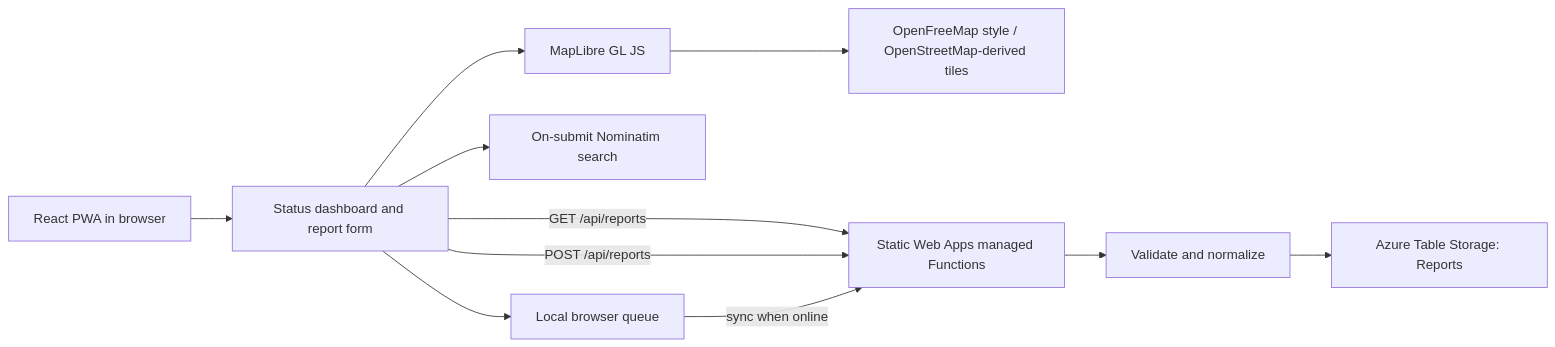
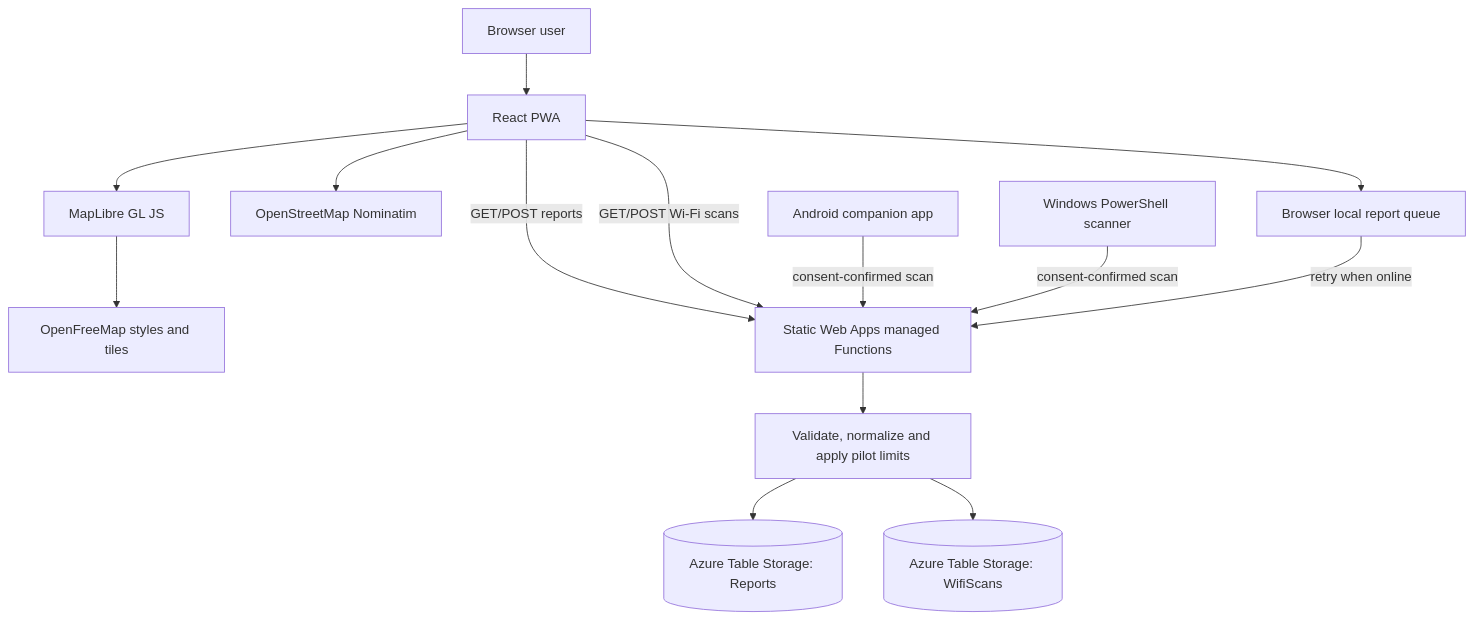
One commit to Chetan-code-lrca/fallback-atlas changed the diagram in docs/ARCHITECTURE.md. Above: the diagram before and after it, drawn with Mermaid. The commit also changed other lines of this file and 1 other file, not shown here.

Commit message:
docs(architecture): document current reporting and scanner flows

````diff
--- a/docs/ARCHITECTURE.md
+++ b/docs/ARCHITECTURE.md
@@ -5,13 +7,16 @@
-```mermaid
-flowchart LR
-  Browser[React PWA in browser] --> Dashboard[Status dashboard and report form]
-  Dashboard --> Map[MapLibre GL JS]
-  Map --> Tiles[OpenFreeMap style / OpenStreetMap-derived tiles]
-  Dashboard --> Geo[On-submit Nominatim search]
-  Dashboard -->|GET /api/reports| API[Static Web Apps managed Functions]
-  Dashboard -->|POST /api/reports| API
-  API --> Validate[Validate and normalize]
-  Validate --> Table[Azure Table Storage: Reports]
-  Dashboard --> Local[Local browser queue]
-  Local -->|sync when online| API
-```
+~~~mermaid
+flowchart TB
+  Visitor[Browser user] --> Web[React PWA]
+  Web --> Map[MapLibre GL JS]
+  Map --> Tiles[OpenFreeMap styles and tiles]
+  Web --> Search[OpenStreetMap Nominatim]
+  Web -->|GET/POST reports| API[Static Web Apps managed Functions]
+  Web -->|GET/POST Wi-Fi scans| API
+  Android[Android companion app] -->|consent-confirmed scan| API
+  Windows[Windows PowerShell scanner] -->|consent-confirmed scan| API
+  API --> Validate[Validate, normalize and apply pilot limits]
+  Validate --> Reports[(Azure Table Storage: Reports)]
+  Validate --> Wifi[(Azure Table Storage: WifiScans)]
+  Web --> Local[Browser local report queue]
+  Local -->|retry when online| API
+~~~
````
